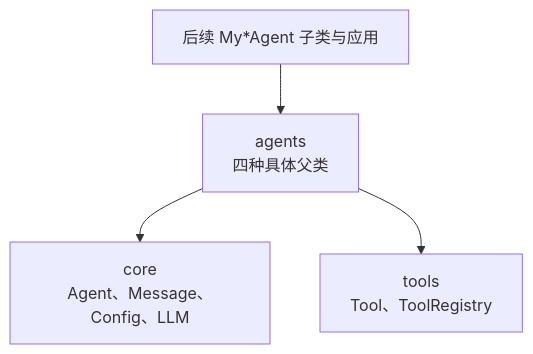
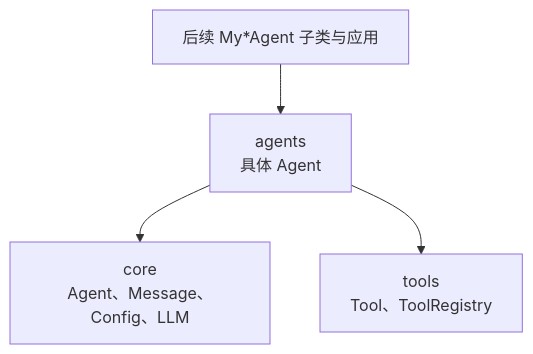
Before and after one commit to Garden12138/notes: the tenth of 10 diagrams in ai/book_note/Hello-Agents/Build Your Agent Framework.md, drawn with Mermaid. The commit also changed other lines of this file and 4 other files, not shown here.

````diff
--- a/ai/book_note/Hello-Agents/Build Your Agent Framework.md
+++ b/ai/book_note/Hello-Agents/Build Your Agent Framework.md
@@ -732,6 +796,6 @@
 ```mermaid
 flowchart TB
-    APP["后续 My*Agent 子类与应用"] --> AGENTS["agents<br/>四种具体父类"]
+    APP["后续 My*Agent 子类与应用"] --> AGENTS["agents<br/>具体 Agent"]
     AGENTS --> CORE["core<br/>Agent、Message、Config、LLM"]
     AGENTS --> TOOLS["tools<br/>Tool、ToolRegistry"]
 ```
````
